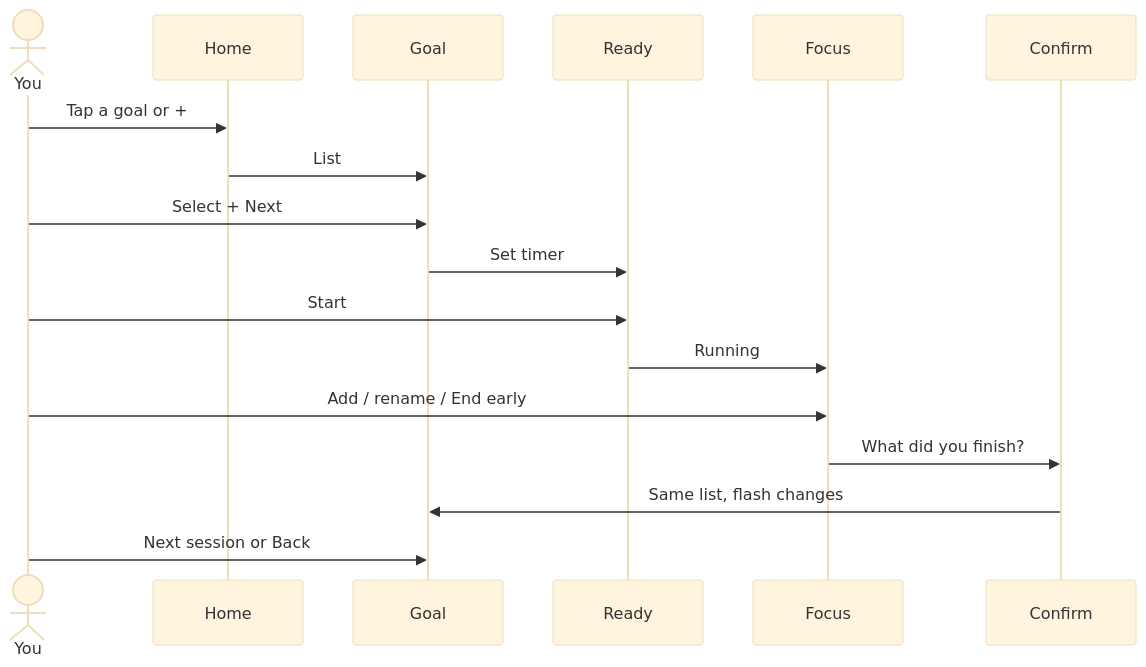
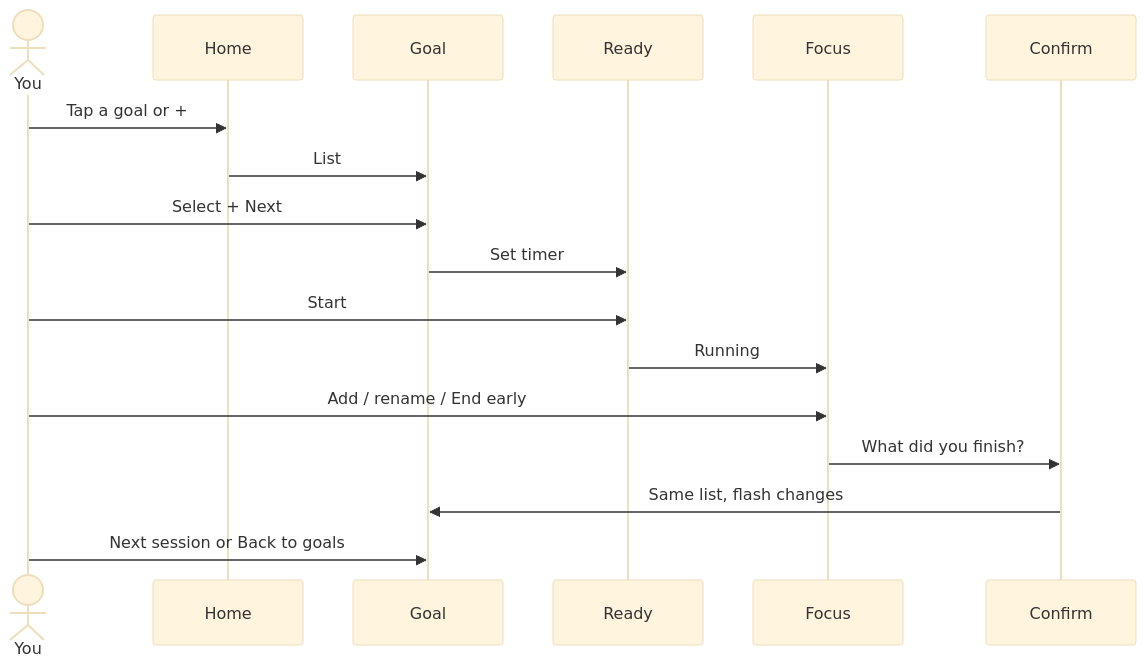
The diagram in cases/squares/docs/flows/focus-loop.md (littlewhywhat/legal-360), drawn with Mermaid (base theme) before and after one commit. The commit also changed other lines of this file and 2 other files, not shown here.

Commit message:
fix: drop Home/History tabs; Back to goals
Remove the bottom tab bar. Goal, History, and Insights go back via Back to goals. History still opens from the week strip.

````diff
--- a/cases/squares/docs/flows/focus-loop.md
+++ b/cases/squares/docs/flows/focus-loop.md
@@ -17,20 +17,20 @@
 ```mermaid
 sequenceDiagram
   actor You
   participant Home
   participant Goal
   participant Ready
   participant Focus
   participant Confirm
 
   You->>Home: Tap a goal or +
   Home->>Goal: List
   You->>Goal: Select + Next
   Goal->>Ready: Set timer
   You->>Ready: Start
   Ready->>Focus: Running
   You->>Focus: Add / rename / End early
   Focus->>Confirm: What did you finish?
   Confirm->>Goal: Same list, flash changes
-  You->>Goal: Next session or Back
+  You->>Goal: Next session or Back to goals
 ```
````
